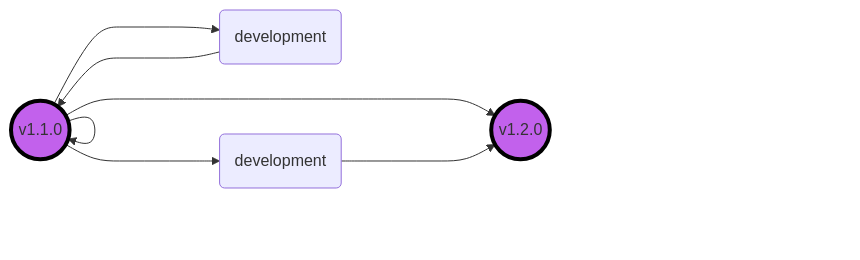
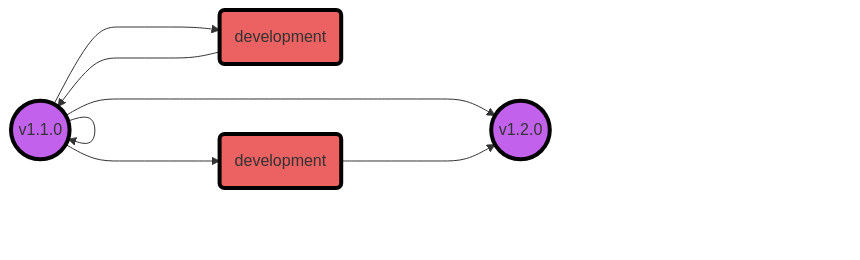
One commit to MateuSanta/Practica5 changed the diagram in README.md. Above: the diagram before and after it, drawn with Mermaid.

````diff
--- a/README.md
+++ b/README.md
@@ -11,19 +11,22 @@
  ```mermaid
     graph LR;
         master((v1.0.0))------->master((v1.1.0))
         master((v1.0.0))---->development1(development)
         development1(development)---->master((v1.1.0))
+        
+        master((v1.1.0))------->masterfinal((v1.2.0))
         master((v1.1.0))---->development2(development)
-        master((v1.1.0))------->masterfinal((v1.2.0))
+        
         development2(development)---->masterfinal((v1.2.0))
     
     classDef purple fill:#C261EC ,stroke: black,stroke-width:4px
     classDef red fill:#EC6161 ,stroke: black,stroke-width:4px
 
     class master purple
     class masterfinal purple
-    class development red
+    class development1 red
+    class development2 red
     
         
     
 ```
````
